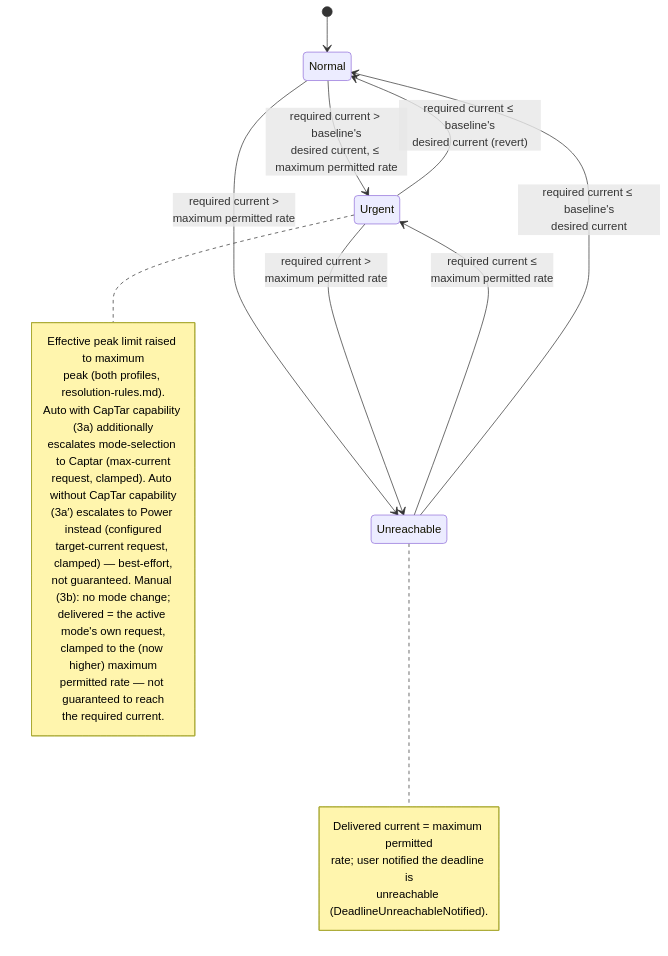
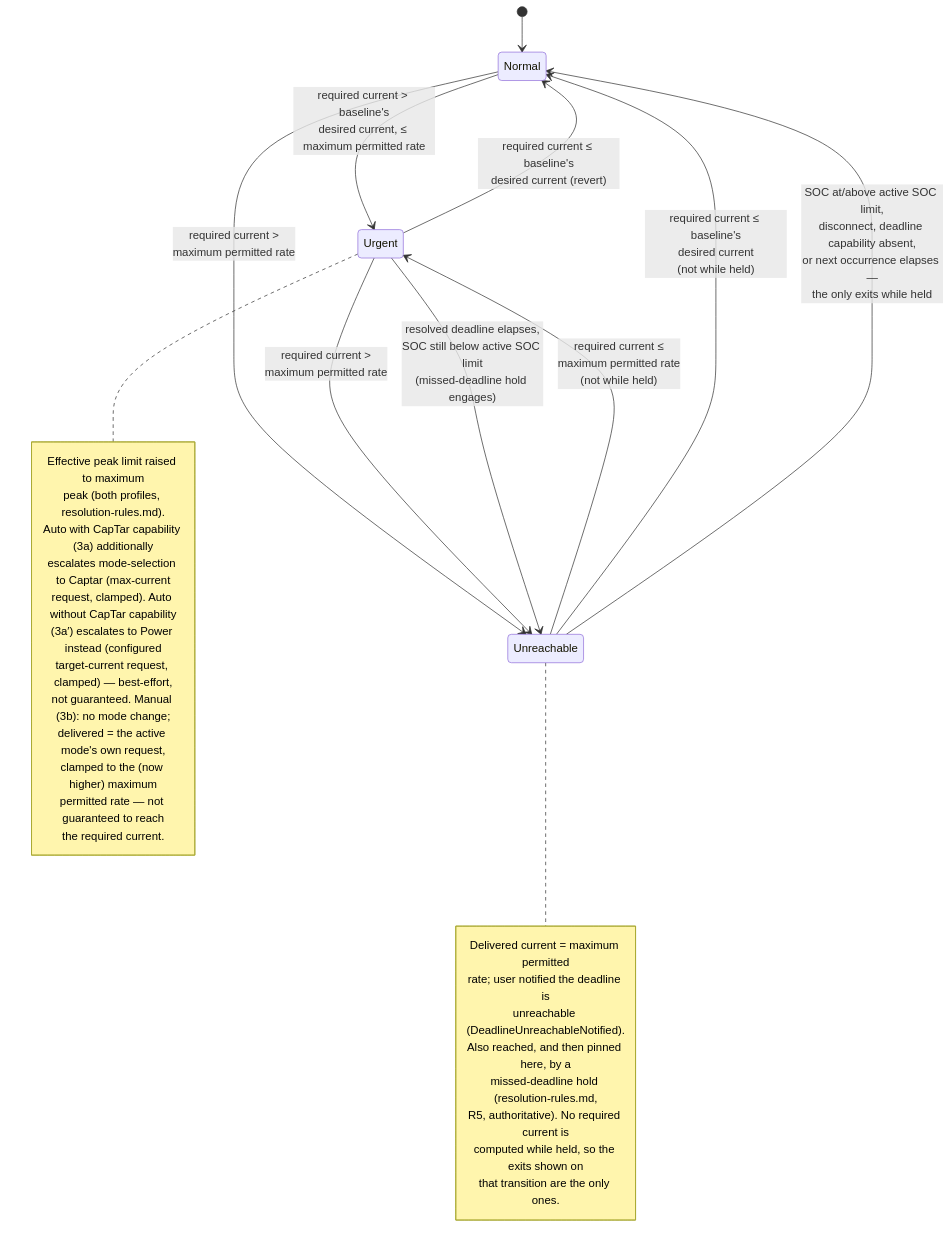
The diagram in docs/analysis/use-cases/UC05-guarantee-ready-by-departure.md (kristofdegrave/homeassistant-smart-charging), drawn with Mermaid before and after one commit. The commit also changed other lines of this file and 7 other files, not shown here.

First line of the commit message:
docs: resolve departure deadline against next future occurrence (#510)

````diff
--- a/docs/analysis/use-cases/UC05-guarantee-ready-by-departure.md
+++ b/docs/analysis/use-cases/UC05-guarantee-ready-by-departure.md
@@ -90,29 +100,36 @@
 ```mermaid
 stateDiagram-v2
     [*] --> Normal
     Normal --> Urgent: required current > baseline's<br/>desired current, ≤ maximum permitted rate
     Normal --> Unreachable: required current ><br/>maximum permitted rate
     Urgent --> Normal: required current ≤ baseline's<br/>desired current (revert)
     Urgent --> Unreachable: required current ><br/>maximum permitted rate
-    Unreachable --> Urgent: required current ≤<br/>maximum permitted rate
-    Unreachable --> Normal: required current ≤ baseline's<br/>desired current
+    Urgent --> Unreachable: resolved deadline elapses,<br/>SOC still below active SOC limit<br/>(missed-deadline hold engages)
+    Unreachable --> Urgent: required current ≤<br/>maximum permitted rate<br/>(not while held)
+    Unreachable --> Normal: required current ≤ baseline's<br/>desired current<br/>(not while held)
+    Unreachable --> Normal: SOC at/above active SOC limit,<br/>disconnect, deadline capability absent,<br/>or next occurrence elapses —<br/>the only exits while held
     note right of Urgent
         Effective peak limit raised to maximum
         peak (both profiles, resolution-rules.md).
         Auto with CapTar capability (3a) additionally
         escalates mode-selection to Captar (max-current
         request, clamped). Auto without CapTar capability
         (3a′) escalates to Power instead (configured
         target-current request, clamped) — best-effort,
         not guaranteed. Manual (3b): no mode change;
         delivered = the active mode's own request,
         clamped to the (now higher) maximum
         permitted rate — not guaranteed to reach
         the required current.
     end note
     note right of Unreachable
         Delivered current = maximum permitted
         rate; user notified the deadline is
         unreachable (DeadlineUnreachableNotified).
+        Also reached, and then pinned here, by a
+        missed-deadline hold (resolution-rules.md,
+        R5, authoritative). No required current is
+        computed while held, so the exits shown on
+        that transition are the only ones.
     end note
 ```
````
